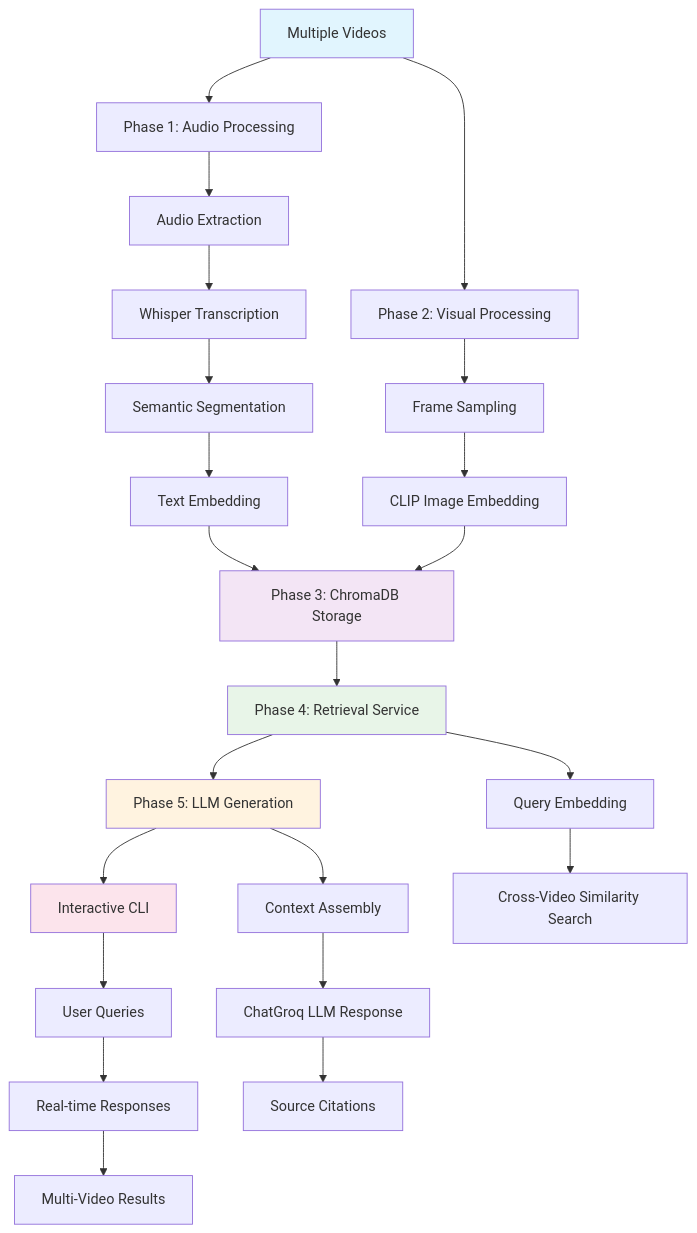
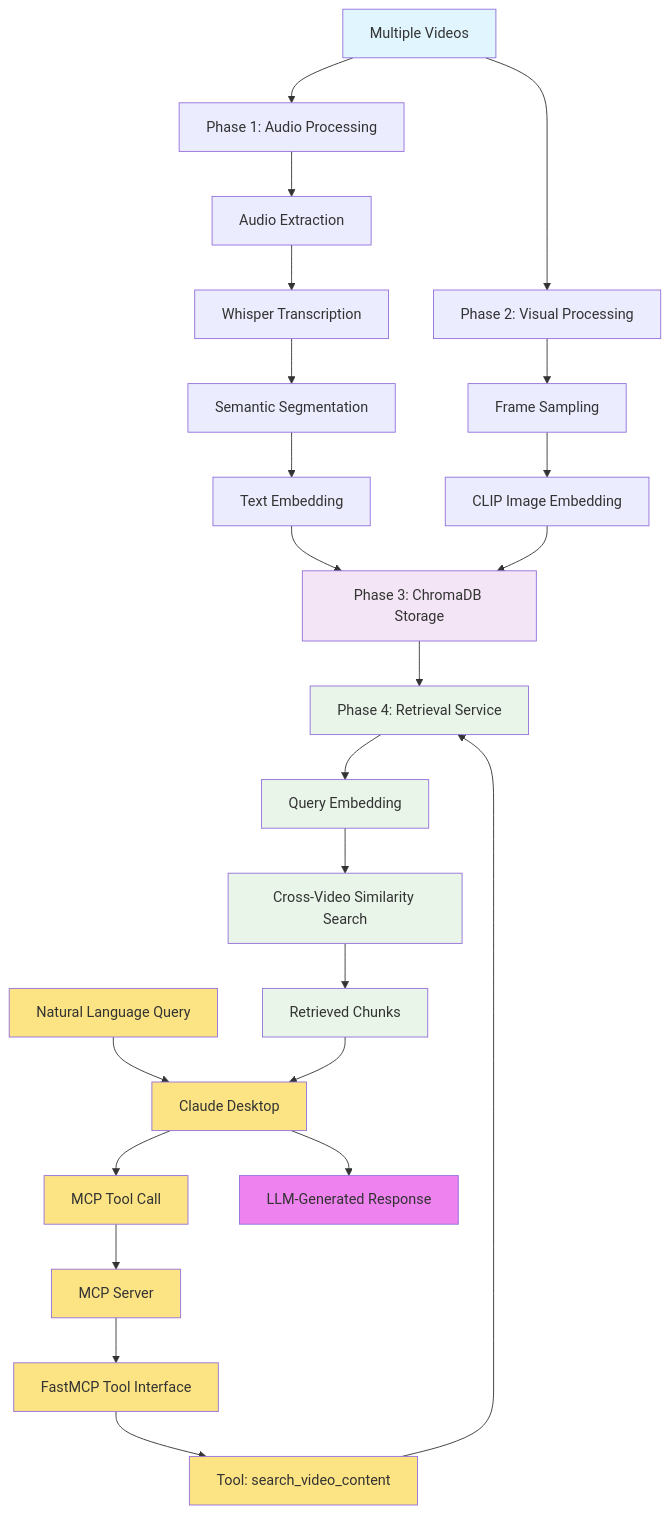
Before and after one commit to rohan-g0re/Video_RAG_x_MCP: the diagram in README.md, drawn with Mermaid. The commit also changed other lines of this file, not shown here.

Commit message:
architecture diagram restructuring

````diff
--- a/README.md
+++ b/README.md
@@ -96,37 +99,52 @@
 ```mermaid
 graph TD
     A[Multiple Videos] --> B[Phase 1: Audio Processing]
     A --> C[Phase 2: Visual Processing]
     
+   G[Natural Language Query] --> G1[Claude Desktop]
+
     B --> B1[Audio Extraction]
     B1 --> B2[Whisper Transcription]
     B2 --> B3[Semantic Segmentation]
     B3 --> B4[Text Embedding]
     
     C --> C1[Frame Sampling]
     C1 --> C2[CLIP Image Embedding]
     
     B4 --> D[Phase 3: ChromaDB Storage]
     C2 --> D
     
     D --> E[Phase 4: Retrieval Service]
-    E --> F[Phase 5: LLM Generation]
-    F --> G[Interactive CLI]
+
+    G2 --> F[MCP Server]
     
     E --> E1[Query Embedding]
     E1 --> E2[Cross-Video Similarity Search]
     
-    F --> F1[Context Assembly]
-    F1 --> F2[ChatGroq LLM Response]
-    F2 --> F3[Source Citations]
+    F --> F1[FastMCP Tool Interface]
+    F1 --> F2[Tool: search_video_content] --> E
     
-    G --> G1[User Queries]
-    G1 --> G2[Real-time Responses]
-    G2 --> G3[Multi-Video Results]
+    G1 --> G2[MCP Tool Call]
+    E2 --> G3[Retrieved Chunks]
+    G3 --> G1
+    G1 --> G4[LLM-Generated Response]
     
     style A fill:#e1f5fe
     style D fill:#f3e5f5
     style E fill:#e8f5e8
+    style E1 fill:#e8f5e8
+    style E2 fill:#e8f5e8
+    style G3 fill:#e8f5e8
+    
     style F fill:#fff3e0
-    style G fill:#fce4ec
+    style G fill:#fce484
+    style G1 fill:#fce484
+    style G2 fill:#fce484
+    style F fill:#fce484
+    style F1 fill:#fce484
+    style F2 fill:#fce484
+
+    style G4 fill:#ee82ee
+
+
 ```
````
